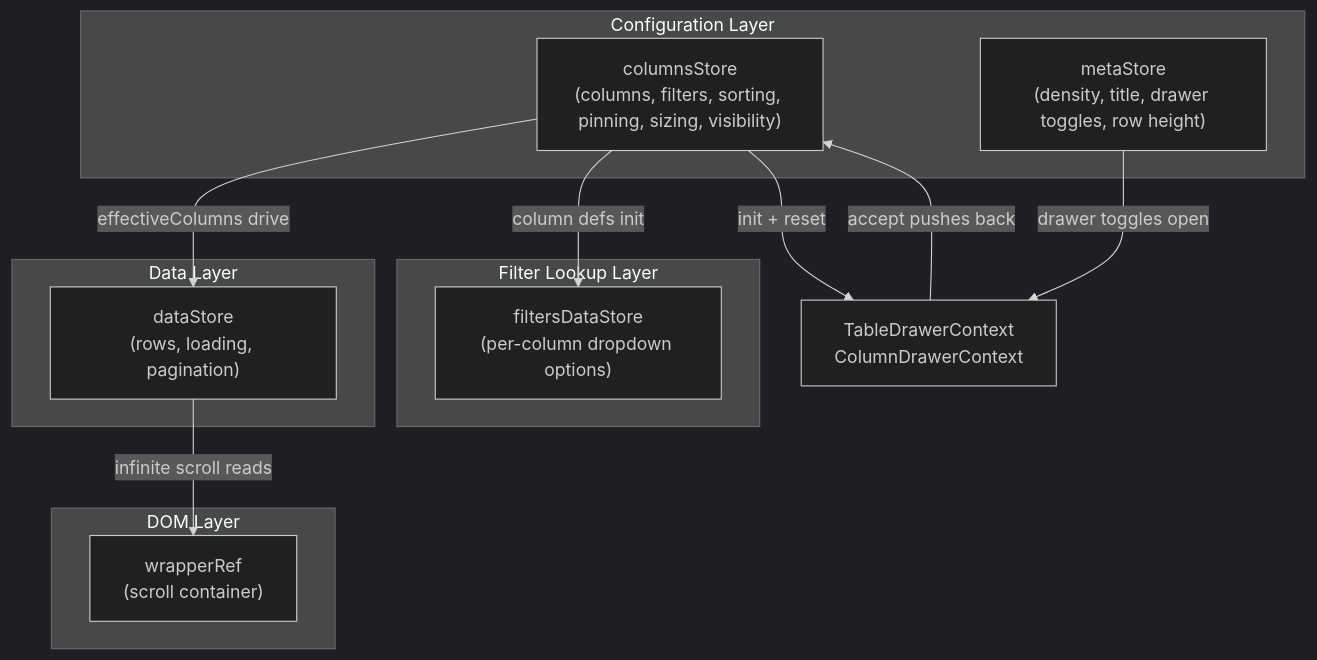
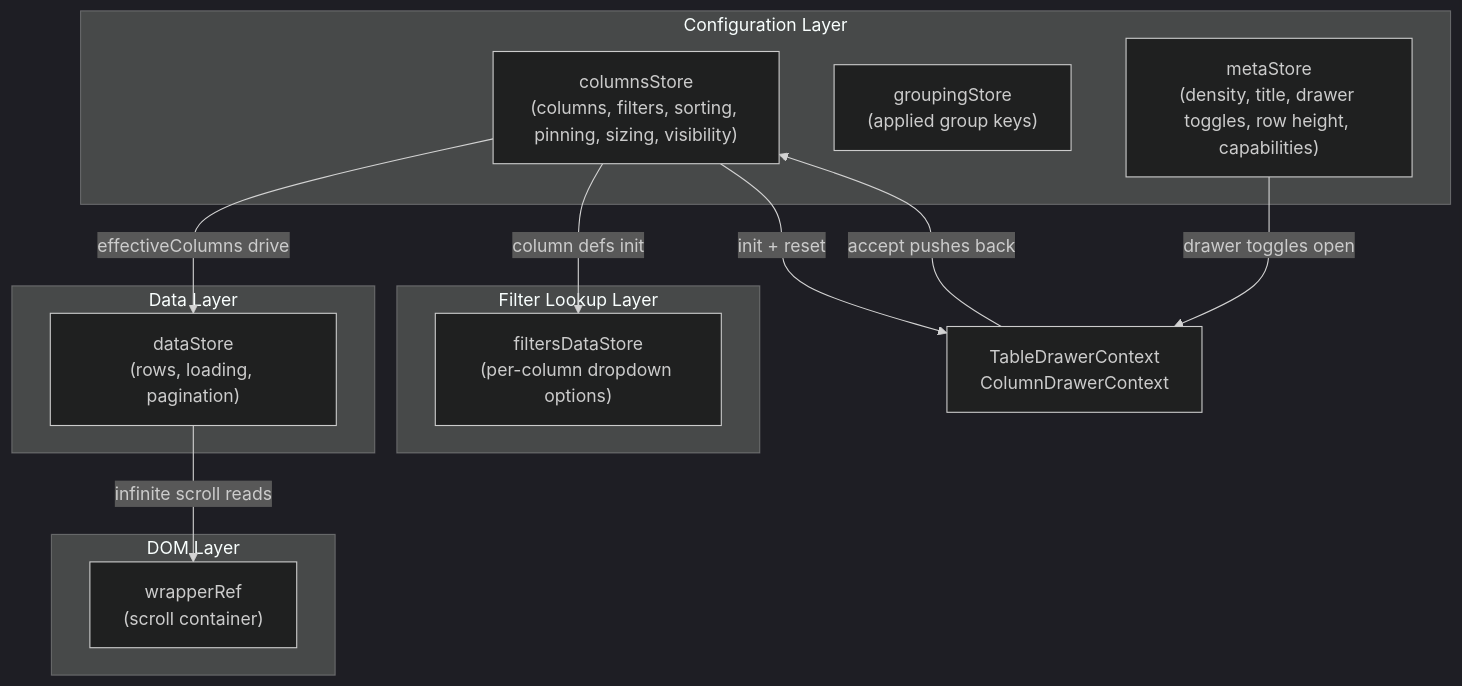
Before and after one commit to luciocabrera/lcabrera-stack: the third of 3 diagrams in packages/ui/src/components/Table/contexts/ARCHITECTURE.md, drawn with Mermaid (dark theme). The commit also changed other lines of this file and 105 other files, not shown here.

````diff
--- a/packages/ui/src/components/Table/contexts/ARCHITECTURE.md
+++ b/packages/ui/src/components/Table/contexts/ARCHITECTURE.md
@@ -91,26 +98,27 @@
 ```mermaid
 graph TD
   subgraph "Configuration Layer"
     CS["columnsStore<br/>(columns, filters, sorting, pinning, sizing, visibility)"]
-    MS["metaStore<br/>(density, title, drawer toggles, row height)"]
+    GS["groupingStore<br/>(applied group keys)"]
+    MS["metaStore<br/>(density, title, drawer toggles, row height, capabilities)"]
   end
 
   subgraph "Filter Lookup Layer"
     FS["filtersDataStore<br/>(per-column dropdown options)"]
   end
 
   subgraph "Data Layer"
     DS["dataStore<br/>(rows, loading, pagination)"]
   end
 
   subgraph "DOM Layer"
     WR["wrapperRef<br/>(scroll container)"]
   end
 
   CS -->|"effectiveColumns drive"| DS
   CS -->|"column defs init"| FS
   DS -->|"infinite scroll reads"| WR
   MS -->|"drawer toggles open"| DrawerContexts["TableDrawerContext<br/>ColumnDrawerContext"]
   CS -->|"init + reset"| DrawerContexts
   DrawerContexts -->|"accept pushes back"| CS
 ```
````
